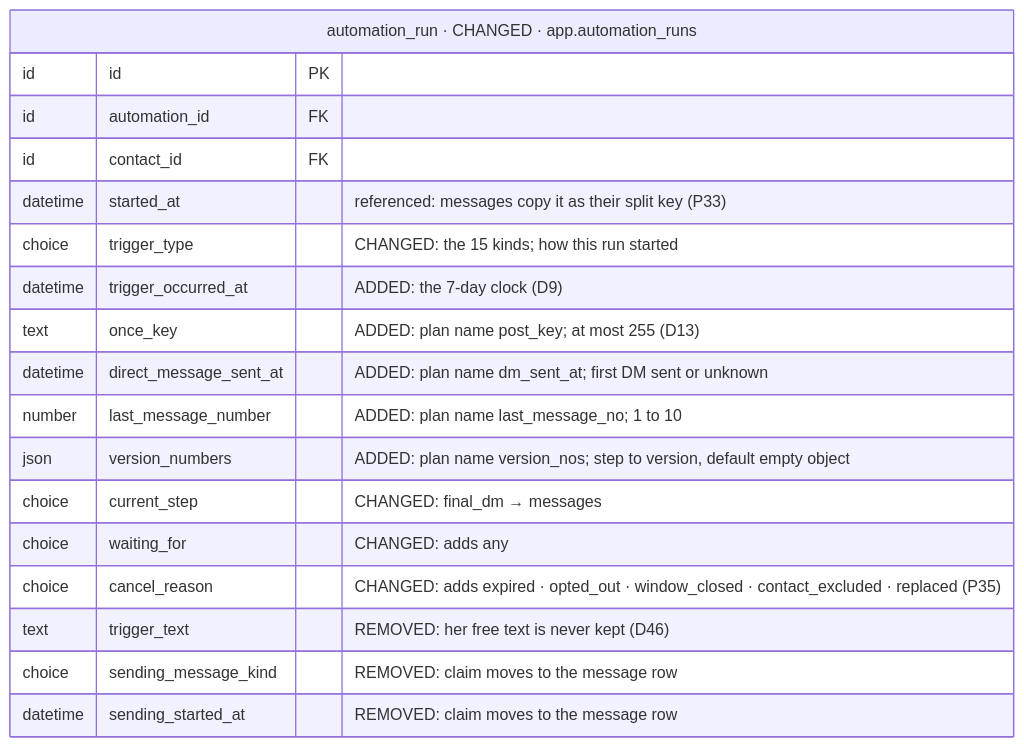
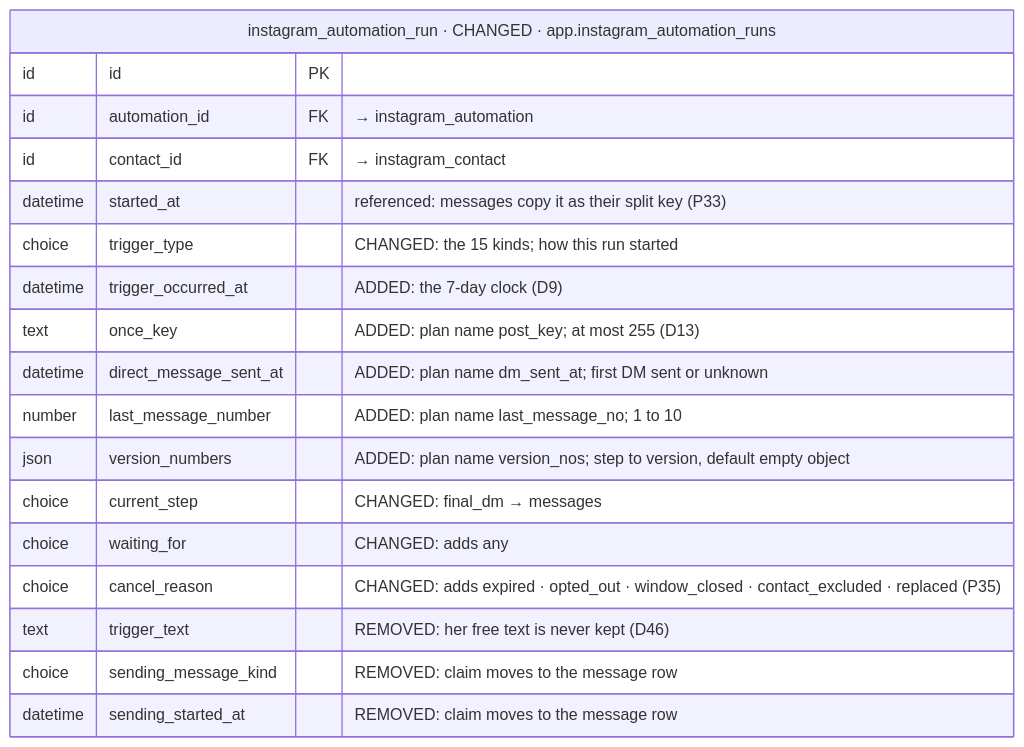
Diagram 15 of 40 in iterations/feat-instagram-dm-sending-2026-11-23-oxak/plans/db-changes.md (albetrios/meepzo-be), drawn with Mermaid before and after one commit. The commit also changed other lines of this file and 3 other files, not shown here.

````diff
--- a/iterations/feat-instagram-dm-sending-2026-11-23-oxak/plans/db-changes.md
+++ b/iterations/feat-instagram-dm-sending-2026-11-23-oxak/plans/db-changes.md
@@ -733,21 +860,21 @@
 ```mermaid
 erDiagram
-  automation_run["automation_run · CHANGED · app.automation_runs"] {
+  instagram_automation_run["instagram_automation_run · CHANGED · app.instagram_automation_runs"] {
     id id PK
-    id automation_id FK
-    id contact_id FK
+    id automation_id FK "→ instagram_automation"
+    id contact_id FK "→ instagram_contact"
     datetime started_at "referenced: messages copy it as their split key (P33)"
     choice trigger_type "CHANGED: the 15 kinds; how this run started"
     datetime trigger_occurred_at "ADDED: the 7-day clock (D9)"
     text once_key "ADDED: plan name post_key; at most 255 (D13)"
     datetime direct_message_sent_at "ADDED: plan name dm_sent_at; first DM sent or unknown"
     number last_message_number "ADDED: plan name last_message_no; 1 to 10"
     json version_numbers "ADDED: plan name version_nos; step to version, default empty object"
     choice current_step "CHANGED: final_dm → messages"
     choice waiting_for "CHANGED: adds any"
     choice cancel_reason "CHANGED: adds expired · opted_out · window_closed · contact_excluded · replaced (P35)"
     text trigger_text "REMOVED: her free text is never kept (D46)"
     choice sending_message_kind "REMOVED: claim moves to the message row"
     datetime sending_started_at "REMOVED: claim moves to the message row"
   }
 ```
````
